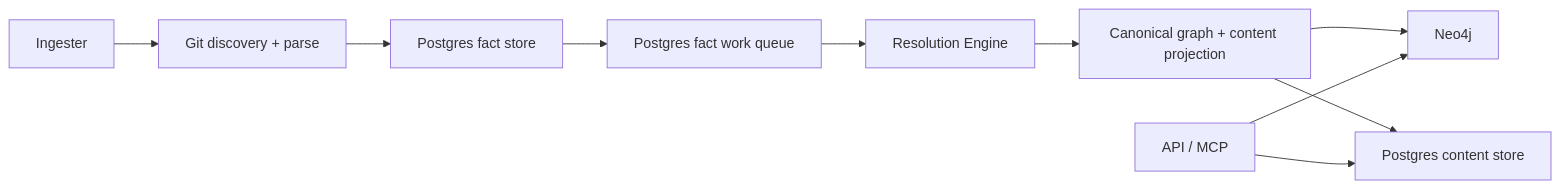
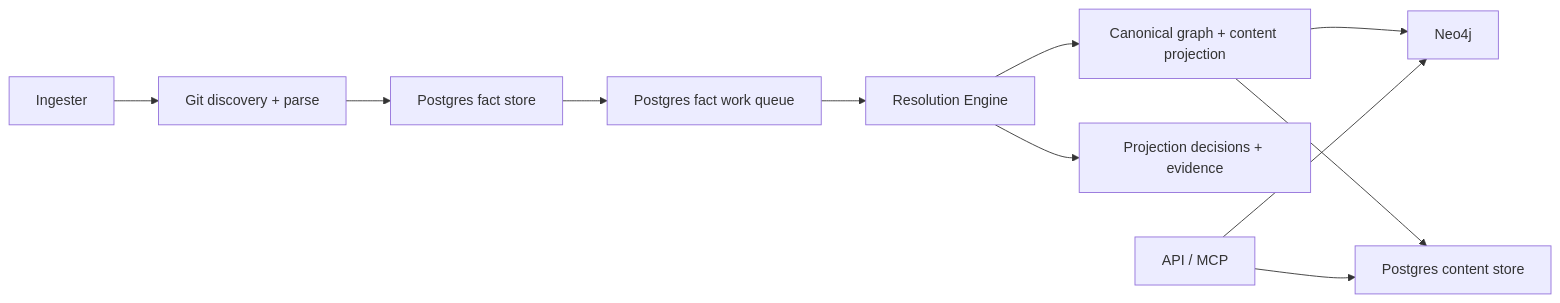
The diagram in docs/docs/deployment/service-runtimes.md (platformcontext/platform-context-graph), drawn with Mermaid before and after one commit. The commit also changed other lines of this file and 28 other files, not shown here.

````diff
--- a/docs/docs/deployment/service-runtimes.md
+++ b/docs/docs/deployment/service-runtimes.md
@@ -40,12 +40,13 @@
 ```mermaid
 flowchart LR
   A["Ingester"] --> B["Git discovery + parse"]
   B --> C["Postgres fact store"]
   C --> D["Postgres fact work queue"]
   D --> E["Resolution Engine"]
   E --> F["Canonical graph + content projection"]
+  E --> J["Projection decisions + evidence"]
   F --> G["Neo4j"]
   F --> H["Postgres content store"]
   I["API / MCP"] --> G
   I --> H
 ```
````
